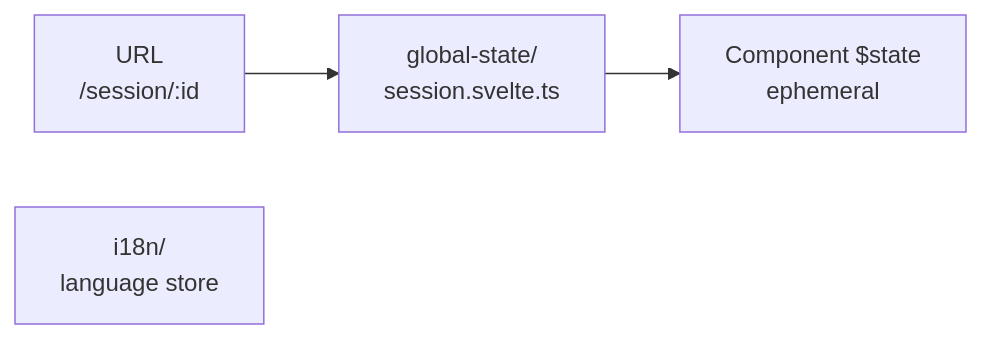
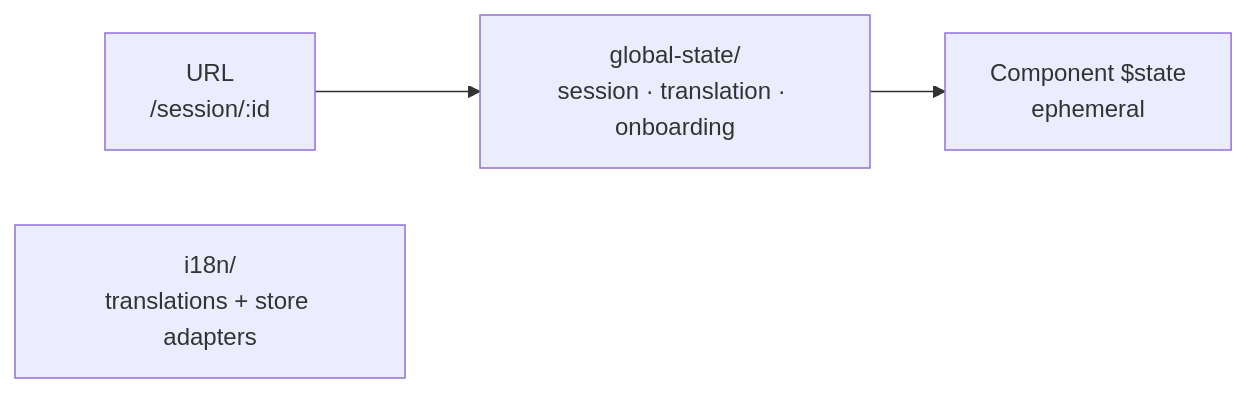
Before and after one commit to alke0001/scaffy: the fifth of 5 diagrams in docs/architecture.md, drawn with Mermaid. The commit also changed other lines of this file and 5 other files, not shown here.

First line of the commit message:
feat: Enhance global state management with new translation and onboarding modules

````diff
--- a/docs/architecture.md
+++ b/docs/architecture.md
@@ -262,10 +262,10 @@
 ```mermaid
 flowchart LR
   URL["URL<br/>/session/:id"]
-  GlobalRunes["global-state/<br/>session.svelte.ts"]
-  GlobalI18n["i18n/<br/>language store"]
+  GlobalRunes["global-state/<br/>session · translation · onboarding"]
+  GlobalI18n["i18n/<br/>translations + store adapters"]
   Local["Component $state<br/>ephemeral"]
 
   URL --> GlobalRunes
   GlobalRunes --> Local
 ```
````
